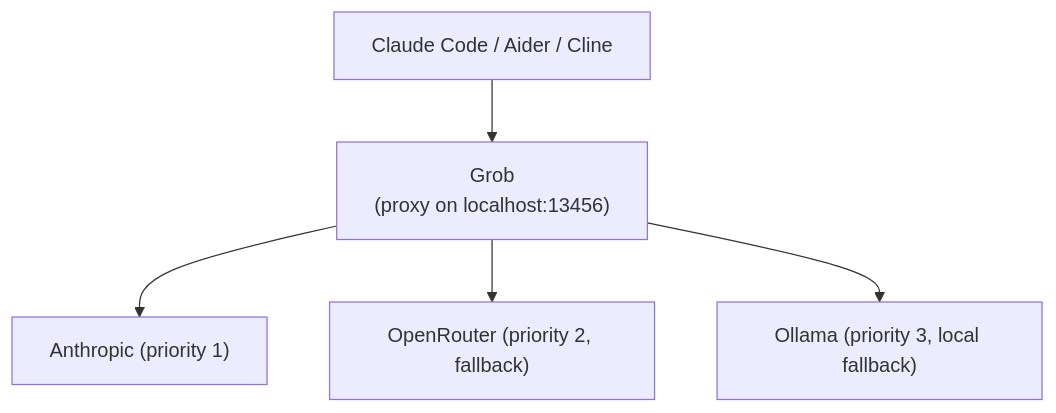
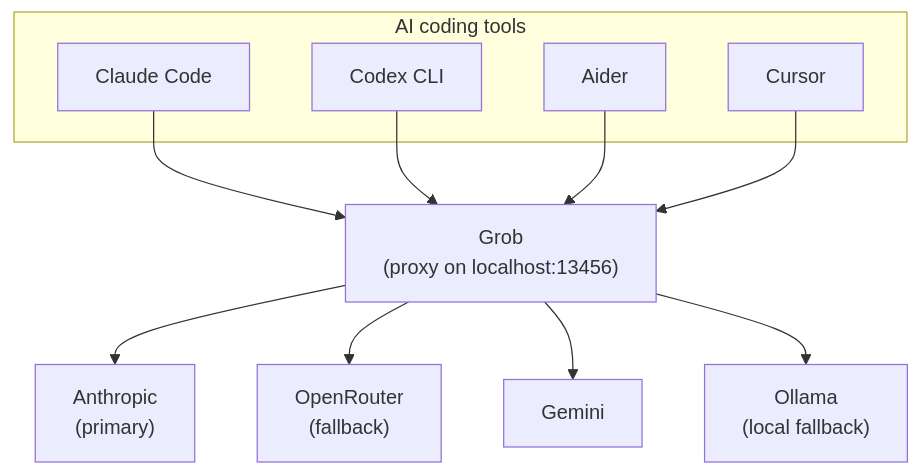
One commit to azerozero/grob changed the diagram in docs/index.md. Above: the diagram before and after it, drawn with Mermaid. The commit also changed other lines of this file and 7 other files, not shown here.

````diff
--- a/docs/index.md
+++ b/docs/index.md
@@ -13,7 +13,19 @@
 ```mermaid
 flowchart TB
-    clients["Claude Code / Aider / Cline"] --> grob["Grob<br/>(proxy on localhost:13456)"]
-    grob --> a["Anthropic (priority 1)"]
-    grob --> or["OpenRouter (priority 2, fallback)"]
-    grob --> ol["Ollama (priority 3, local fallback)"]
+    subgraph clients["AI coding tools"]
+        claude["Claude Code"]
+        codex["Codex CLI"]
+        aider["Aider"]
+        cursor["Cursor"]
+    end
+
+    claude --> grob["Grob<br/>(proxy on localhost:13456)"]
+    codex --> grob
+    aider --> grob
+    cursor --> grob
+
+    grob --> anthropic["Anthropic<br/>(primary)"]
+    grob --> openrouter["OpenRouter<br/>(fallback)"]
+    grob --> gemini["Gemini"]
+    grob --> ollama["Ollama<br/>(local fallback)"]
 ```
````
